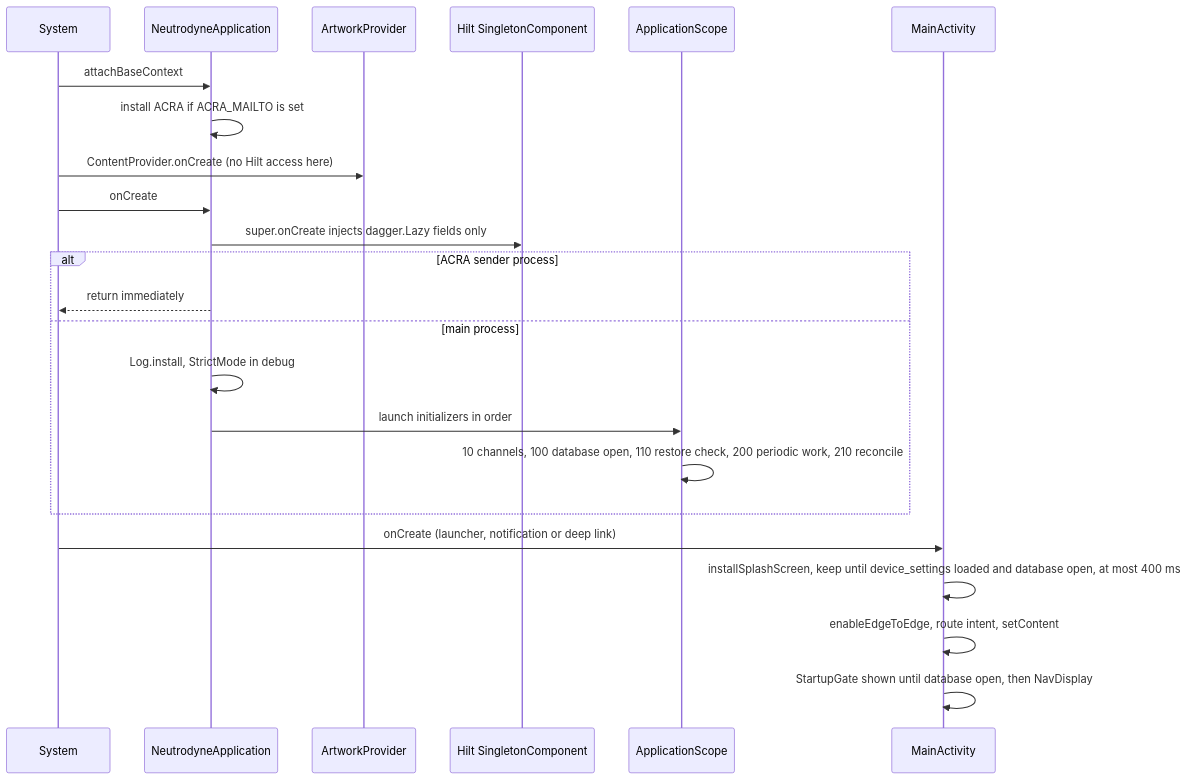
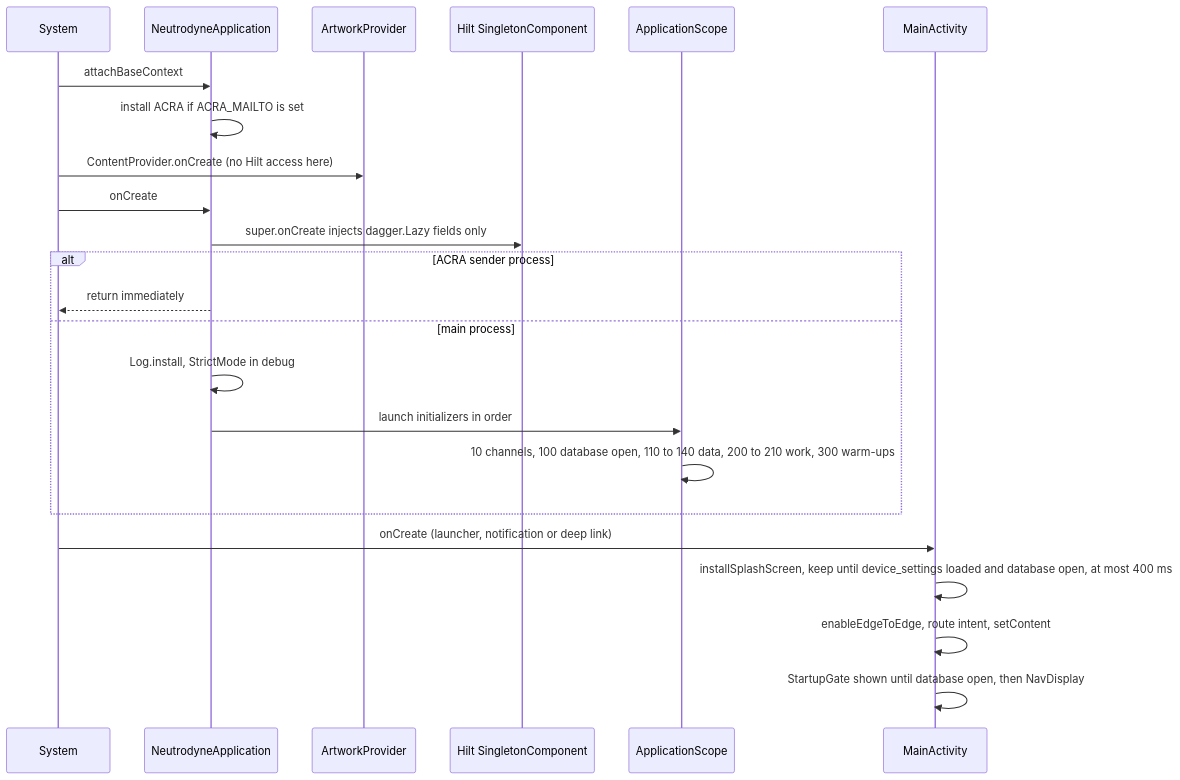
Before and after one commit to BigBoyDevBox/Neutrodyne: the second of 3 diagrams in docs/design/01-foundation.md, drawn with Mermaid. The commit also changed other lines of this file, not shown here.

````diff
--- a/docs/design/01-foundation.md
+++ b/docs/design/01-foundation.md
@@ -771,25 +771,25 @@
 ```mermaid
 sequenceDiagram
   participant Z as System
   participant A as NeutrodyneApplication
   participant P as ArtworkProvider
   participant H as Hilt SingletonComponent
   participant S as ApplicationScope
   participant M as MainActivity
   Z->>A: attachBaseContext
   A->>A: install ACRA if ACRA_MAILTO is set
   Z->>P: ContentProvider.onCreate (no Hilt access here)
   Z->>A: onCreate
   A->>H: super.onCreate injects dagger.Lazy fields only
   alt ACRA sender process
     A-->>Z: return immediately
   else main process
     A->>A: Log.install, StrictMode in debug
     A->>S: launch initializers in order
-    S->>S: 10 channels, 100 database open, 110 restore check, 200 periodic work, 210 reconcile
+    S->>S: 10 channels, 100 database open, 110 to 140 data, 200 to 210 work, 300 warm-ups
   end
   Z->>M: onCreate (launcher, notification or deep link)
   M->>M: installSplashScreen, keep until device_settings loaded and database open, at most 400 ms
   M->>M: enableEdgeToEdge, route intent, setContent
   M->>M: StartupGate shown until database open, then NavDisplay
 ```
````
